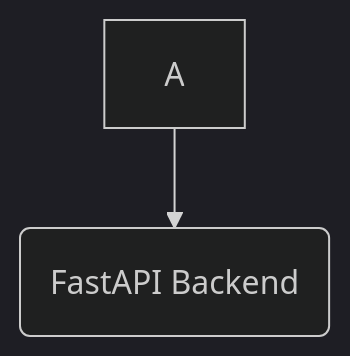
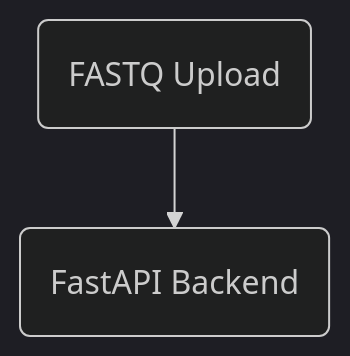
One commit to justin-mbca/genomic-etl-app changed the second of 4 diagrams in README.md. Above: the diagram before and after it, drawn with Mermaid (dark theme).

Commit message:
fix mermaid diagram

````diff
--- a/README.md
+++ b/README.md
@@ -20,4 +20,4 @@
 ```mermaid
 graph TD
-    A --> B(FastAPI Backend)
+    A(FASTQ Upload) --> B(FastAPI Backend)
 ```
````
